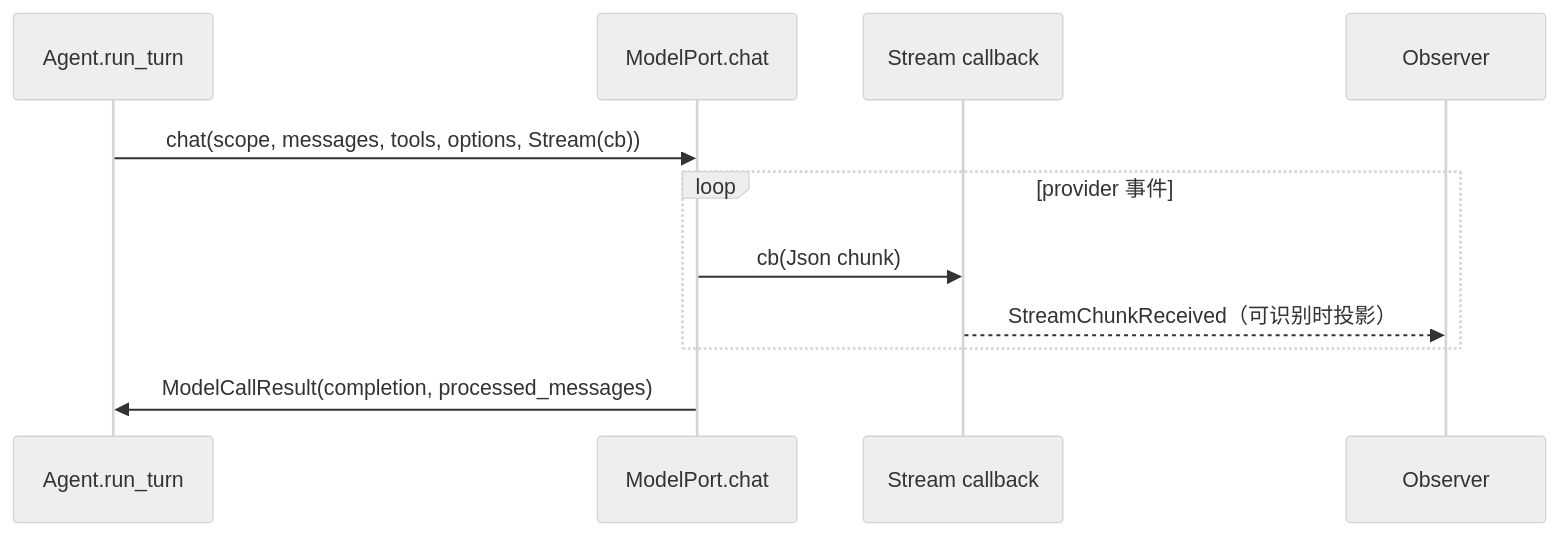
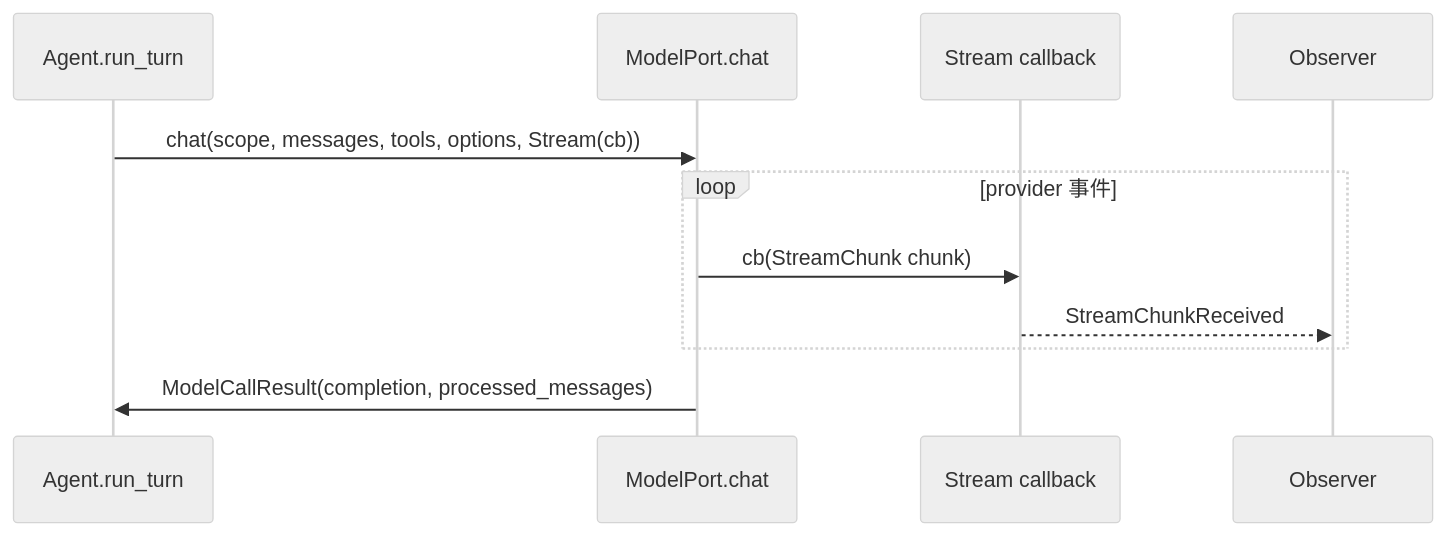
The diagram in docs/05-streaming-guide.md (colmugx/posoco), drawn with Mermaid (neutral theme) before and after one commit. The commit also changed other lines of this file and 6 other files, not shown here.

````diff
--- a/docs/05-streaming-guide.md
+++ b/docs/05-streaming-guide.md
@@ -43,14 +43,14 @@
 ```mermaid
 sequenceDiagram
   participant Agent as Agent.run_turn
   participant Model as ModelPort.chat
   participant Host as Stream callback
   participant Obs as Observer
 
   Agent->>Model: chat(scope, messages, tools, options, Stream(cb))
   loop provider 事件
-    Model->>Host: cb(Json chunk)
-    Host-->>Obs: StreamChunkReceived（可识别时投影）
+    Model->>Host: cb(StreamChunk chunk)
+    Host-->>Obs: StreamChunkReceived
   end
   Model->>Agent: ModelCallResult(completion, processed_messages)
 ```
````
